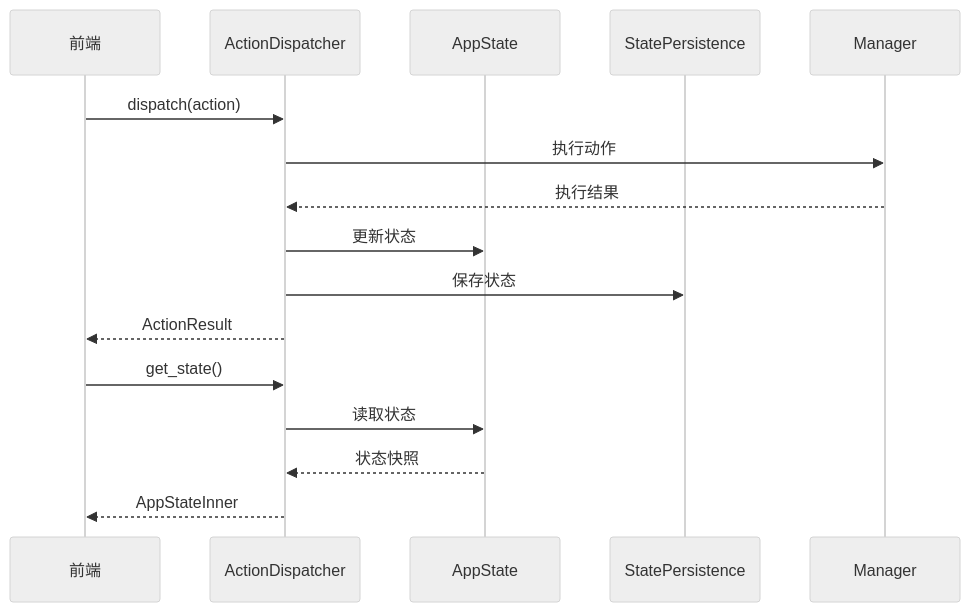
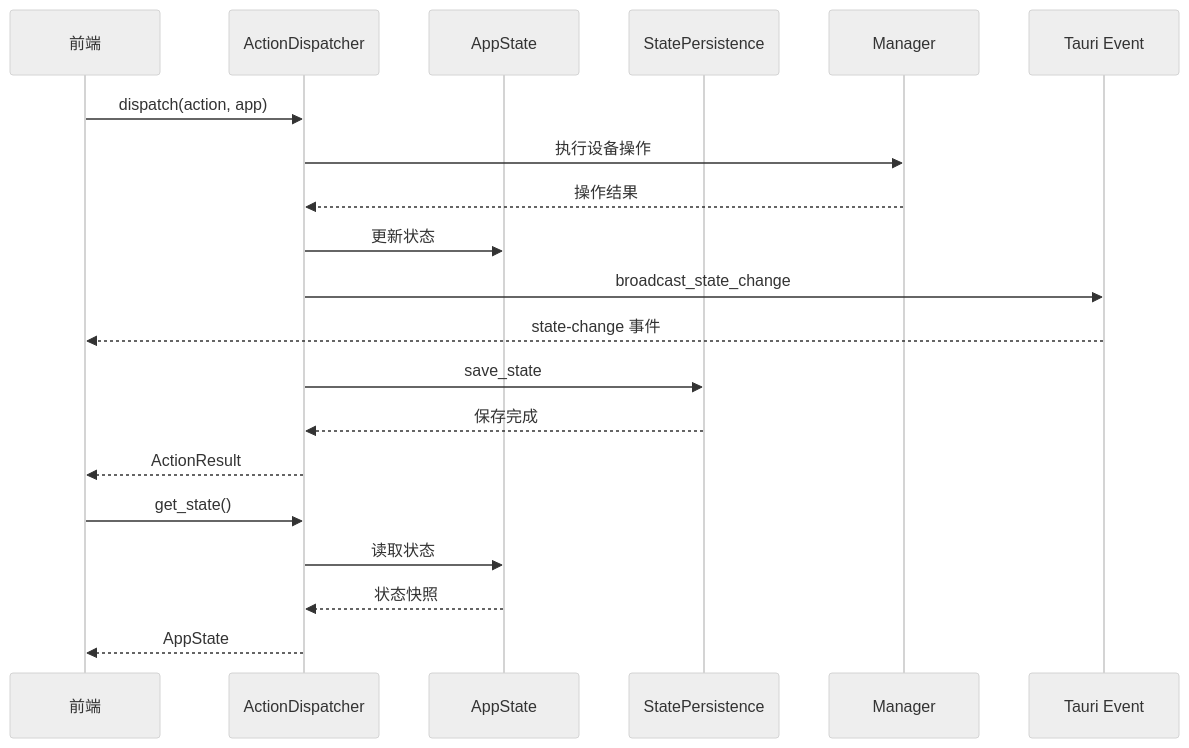
Before and after one commit to XiaoPb/combridge: the second of 2 diagrams in docs/architecture/backend/state-module.md, drawn with Mermaid (neutral theme). The commit also changed other lines of this file and 10 other files, not shown here.

````diff
--- a/docs/architecture/backend/state-module.md
+++ b/docs/architecture/backend/state-module.md
@@ -170,20 +319,24 @@
 ```mermaid
 sequenceDiagram
     participant UI as 前端
     participant AD as ActionDispatcher
     participant AS as AppState
     participant SP as StatePersistence
     participant Mgr as Manager
-    
-    UI->>AD: dispatch(action)
-    AD->>Mgr: 执行动作
-    Mgr-->>AD: 执行结果
+    participant Event as Tauri Event
+
+    UI->>AD: dispatch(action, app)
+    AD->>Mgr: 执行设备操作
+    Mgr-->>AD: 操作结果
     AD->>AS: 更新状态
-    AD->>SP: 保存状态
+    AD->>Event: broadcast_state_change
+    Event-->>UI: state-change 事件
+    AD->>SP: save_state
+    SP-->>AD: 保存完成
     AD-->>UI: ActionResult
-    
+
     UI->>AD: get_state()
     AD->>AS: 读取状态
     AS-->>AD: 状态快照
-    AD-->>UI: AppStateInner
+    AD-->>UI: AppState
 ```
````
